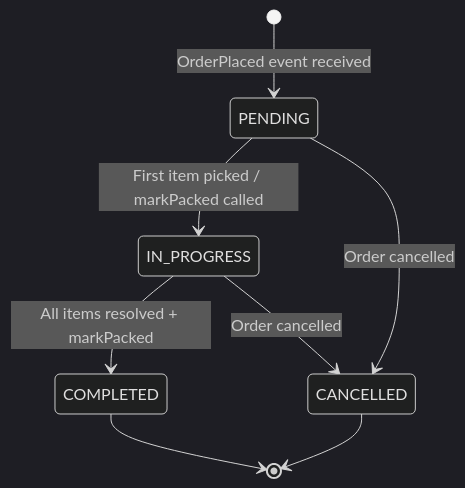
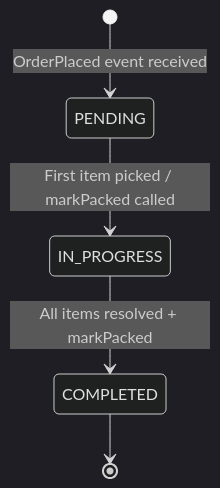
One commit to sunitakeazycommerz-a11y/InstaCommerce changed the second of 7 diagrams in services/fulfillment-service/README.md. Above: the diagram before and after it, drawn with Mermaid (dark theme). The commit also changed other lines of this file, not shown here.

````diff
--- a/services/fulfillment-service/README.md
+++ b/services/fulfillment-service/README.md
@@ -50,10 +60,7 @@
 ```mermaid
 stateDiagram-v2
     [*] --> PENDING: OrderPlaced event received
     PENDING --> IN_PROGRESS: First item picked / markPacked called
     IN_PROGRESS --> COMPLETED: All items resolved + markPacked
-    PENDING --> CANCELLED: Order cancelled
-    IN_PROGRESS --> CANCELLED: Order cancelled
     COMPLETED --> [*]
-    CANCELLED --> [*]
 ```
````
